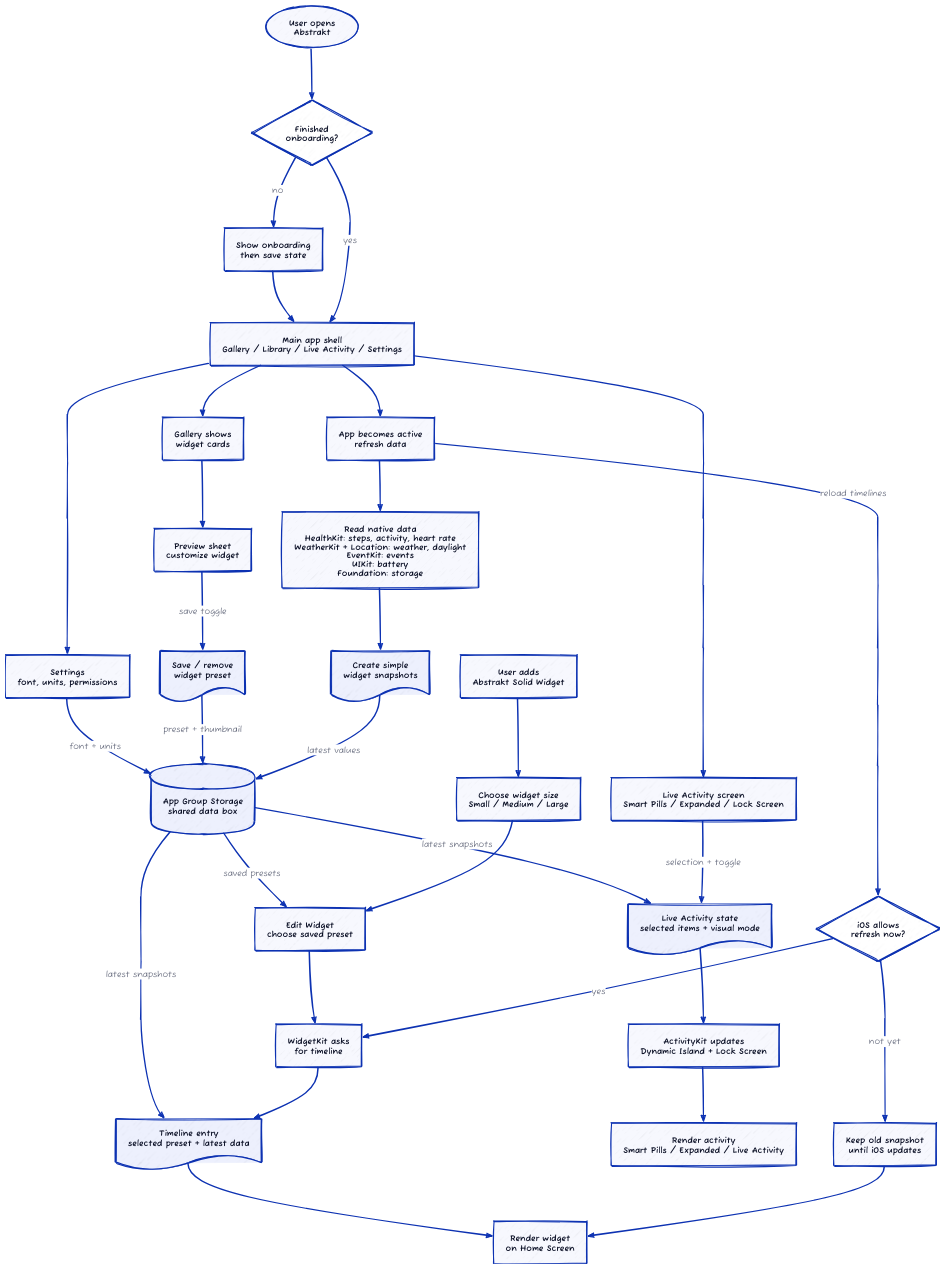
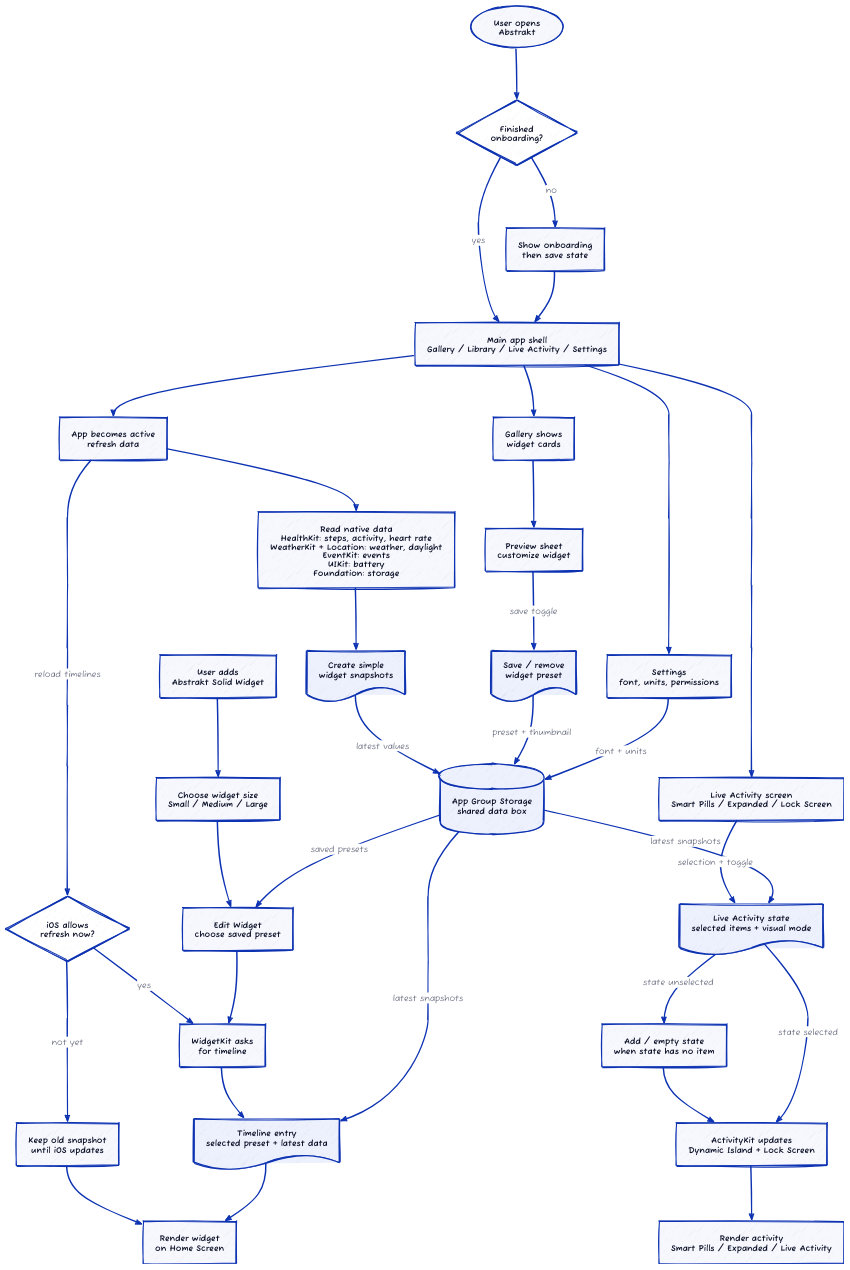
The diagram in docs/product/FLOW.d2 (dapraws/CH4_Abstrakt), drawn with D2 before and after one commit. The commit also changed 9 other files, not shown here.

```diff
--- a/docs/product/FLOW.d2
+++ b/docs/product/FLOW.d2
@@ -1,109 +1,113 @@
 direction: down
 
 vars: {
   d2-config: {
     sketch: true
   }
 }
 
 user: "User opens\nAbstrakt" {
   shape: oval
 }
 
 onboarding: "Finished\nonboarding?" {
   shape: diamond
   style.fill: "#ffffff"
 }
 
 onboard: "Show onboarding\nthen save state"
 
 app: "Main app shell\nGallery / Library / Live Activity / Settings"
 
 gallery: "Gallery shows\nwidget cards"
 
 preview: "Preview sheet\ncustomize widget"
 
 settings: "Settings\nfont, units, permissions"
 
 live_activity_screen: "Live Activity screen\nSmart Pills / Expanded / Lock Screen"
 
 presets: "Save / remove\nwidget preset" {
   shape: document
 }
 
 app_refresh: "App becomes active\nrefresh data"
 
 frameworks: "Read native data\nHealthKit: steps, activity, heart rate\nWeatherKit + Location: weather, daylight\nEventKit: events\nUIKit: battery\nFoundation: storage"
 
 snapshots: "Create simple\nwidget snapshots" {
   shape: document
 }
 
 app_group: "App Group Storage\nshared data box" {
   shape: cylinder
 }
 
 add_widget: "User adds\nAbstrakt Solid Widget"
 
 choose_size: "Choose widget size\nSmall / Medium / Large"
 
 edit_widget: "Edit Widget\nchoose saved preset"
 
 timeline: "WidgetKit asks\nfor timeline"
 
 timeline_entry: "Timeline entry\nselected preset + latest data" {
   shape: document
 }
 
 render: "Render widget\non Home Screen"
 
 activity_state: "Live Activity state\nselected items + visual mode" {
   shape: document
 }
 
+activity_empty: "Add / empty state\nwhen state has no item"
+
 activitykit: "ActivityKit updates\nDynamic Island + Lock Screen"
 
 activity_render: "Render activity\nSmart Pills / Expanded / Live Activity"
 
 ios_refresh: "iOS allows\nrefresh now?" {
   shape: diamond
   style.fill: "#ffffff"
 }
 
 delayed: "Keep old snapshot\nuntil iOS updates"
 
 user -> onboarding
 onboarding -> onboard: "no"
 onboard -> app
 onboarding -> app: "yes"
 
 app -> gallery
 gallery -> preview
 preview -> presets: "save toggle"
 app -> settings
 app -> live_activity_screen
 settings -> app_group: "font + units"
 presets -> app_group: "preset + thumbnail"
 
 app -> app_refresh
 app_refresh -> frameworks
 frameworks -> snapshots
 snapshots -> app_group: "latest values"
 
 app_group -> edit_widget: "saved presets"
 app_group -> timeline_entry: "latest snapshots"
 app_group -> activity_state: "latest snapshots"
 live_activity_screen -> activity_state: "selection + toggle"
-activity_state -> activitykit
+activity_state -> activity_empty: "state unselected"
+activity_state -> activitykit: "state selected"
+activity_empty -> activitykit
 activitykit -> activity_render
 
 add_widget -> choose_size
 choose_size -> edit_widget
 edit_widget -> timeline
 timeline -> timeline_entry
 timeline_entry -> render
 
 app_refresh -> ios_refresh: "reload timelines"
 ios_refresh -> timeline: "yes"
 ios_refresh -> delayed: "not yet"
 delayed -> render
```
